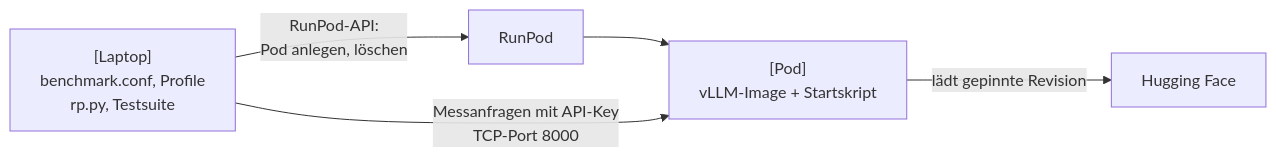
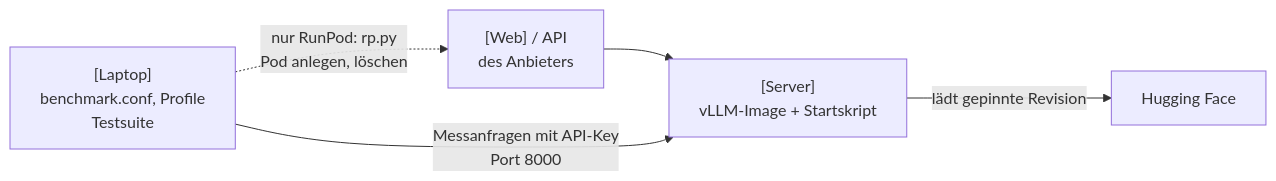
One commit to Kalavera1/SwarmLLM_Benchmark changed the diagram in ANLEITUNG.md. Above: the diagram before and after it, drawn with Mermaid. The commit also changed other lines of this file and 8 other files, not shown here.

````diff
--- a/ANLEITUNG.md
+++ b/ANLEITUNG.md
@@ -13,7 +17,7 @@
 ```mermaid
 flowchart LR
-  L["[Laptop]<br/>benchmark.conf, Profile<br/>rp.py, Testsuite"] -->|"RunPod-API:<br/>Pod anlegen, löschen"| R["RunPod"]
-  R --> P["[Pod]<br/>vLLM-Image + Startskript"]
-  L -->|"Messanfragen mit API-Key<br/>TCP-Port 8000"| P
+  L["[Laptop]<br/>benchmark.conf, Profile<br/>Testsuite"] -.->|"nur RunPod: rp.py<br/>Pod anlegen, löschen"| W["[Web] / API<br/>des Anbieters"]
+  W --> P["[Server]<br/>vLLM-Image + Startskript"]
+  L -->|"Messanfragen mit API-Key<br/>Port 8000"| P
   P -->|"lädt gepinnte Revision"| H["Hugging Face"]
 ```
````
